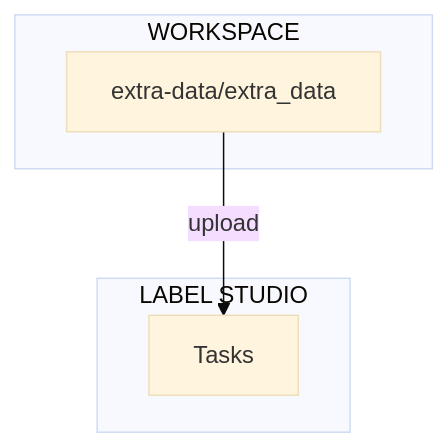
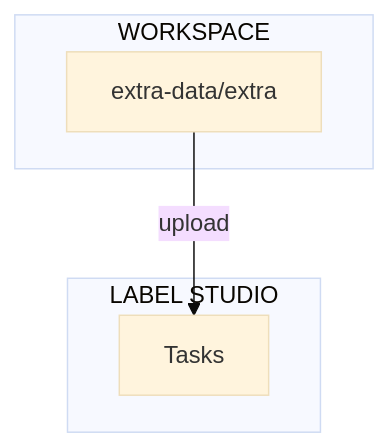
One commit to swiss-ai-center/a-guide-to-mlops changed the diagram in docs/part-5-label-data-and-retrain/chapter-51-set-up-label-studio.md. Above: the diagram before and after it, drawn with Mermaid (base theme). The commit also changed other lines of this file and 21 other files, not shown here.

````diff
--- a/docs/part-5-label-data-and-retrain/chapter-51-set-up-label-studio.md
+++ b/docs/part-5-label-data-and-retrain/chapter-51-set-up-label-studio.md
@@ -42,12 +42,12 @@
 ```mermaid
 flowchart TB
-    extra_data -->|upload| labelStudioTasks
+    extra -->|upload| labelStudioTasks
 
     subgraph workspaceGraph[WORKSPACE]
-        extra_data[extra-data/extra_data]
+        extra[extra-data/extra]
     end
 
     subgraph labelStudioGraph[LABEL STUDIO]
         labelStudioTasks[Tasks]
     end
 ```
````
